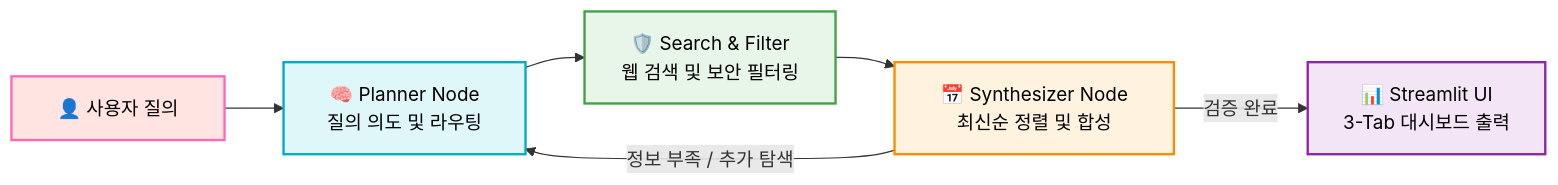
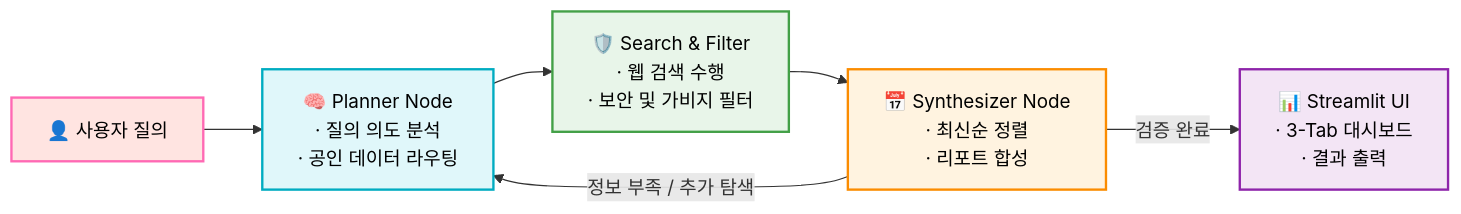
The diagram in README.md (sbg990530/Document-Agent), drawn with Mermaid before and after one commit.

````diff
--- a/README.md
+++ b/README.md
@@ -19,20 +19,20 @@
 ```mermaid
 graph LR
     classDef userStyle fill:#FFE4E1,stroke:#FF69B4,stroke-width:2px,color:#000;
     classDef plannerStyle fill:#E0F7FA,stroke:#00ACC1,stroke-width:2px,color:#000;
     classDef filterStyle fill:#E8F5E9,stroke:#43A047,stroke-width:2px,color:#000;
     classDef synthStyle fill:#FFF3E0,stroke:#FB8C00,stroke-width:2px,color:#000;
     classDef uiStyle fill:#F3E5F5,stroke:#8E24AA,stroke-width:2px,color:#000;
 
-    A["&nbsp;&nbsp;👤 사용자 질의&nbsp;&nbsp;"]:::userStyle 
-    --> B["&nbsp;&nbsp;🧠 Planner Node&nbsp;&nbsp;<br/>질의 의도 및 라우팅"]:::plannerStyle
+    A["👤 사용자 질의"]:::userStyle 
+    --> B["🧠 Planner Node<br/>· 질의 의도 분석<br/>· 공인 데이터 라우팅"]:::plannerStyle
     
-    B --> C["&nbsp;&nbsp;🛡️ Search & Filter&nbsp;&nbsp;<br/>웹 검색 및 보안 필터링"]:::filterStyle
+    B --> C["🛡️ Search & Filter<br/>· 웹 검색 수행<br/>· 보안 및 가비지 필터"]:::filterStyle
     
-    C --> D["&nbsp;&nbsp;📅 Synthesizer Node&nbsp;&nbsp;<br/>최신순 정렬 및 합성"]:::synthStyle
+    C --> D["📅 Synthesizer Node<br/>· 최신순 정렬<br/>· 리포트 합성"]:::synthStyle
     
     %% 루프 및 분기 구조
     D -- "정보 부족 / 추가 탐색" --> B
     
-    D -- "검증 완료" --> E["&nbsp;&nbsp;📊 Streamlit UI&nbsp;&nbsp;<br/>3-Tab 대시보드 출력"]:::uiStyle
+    D -- "검증 완료" --> E["📊 Streamlit UI<br/>· 3-Tab 대시보드<br/>· 결과 출력"]:::uiStyle
 ```
````
